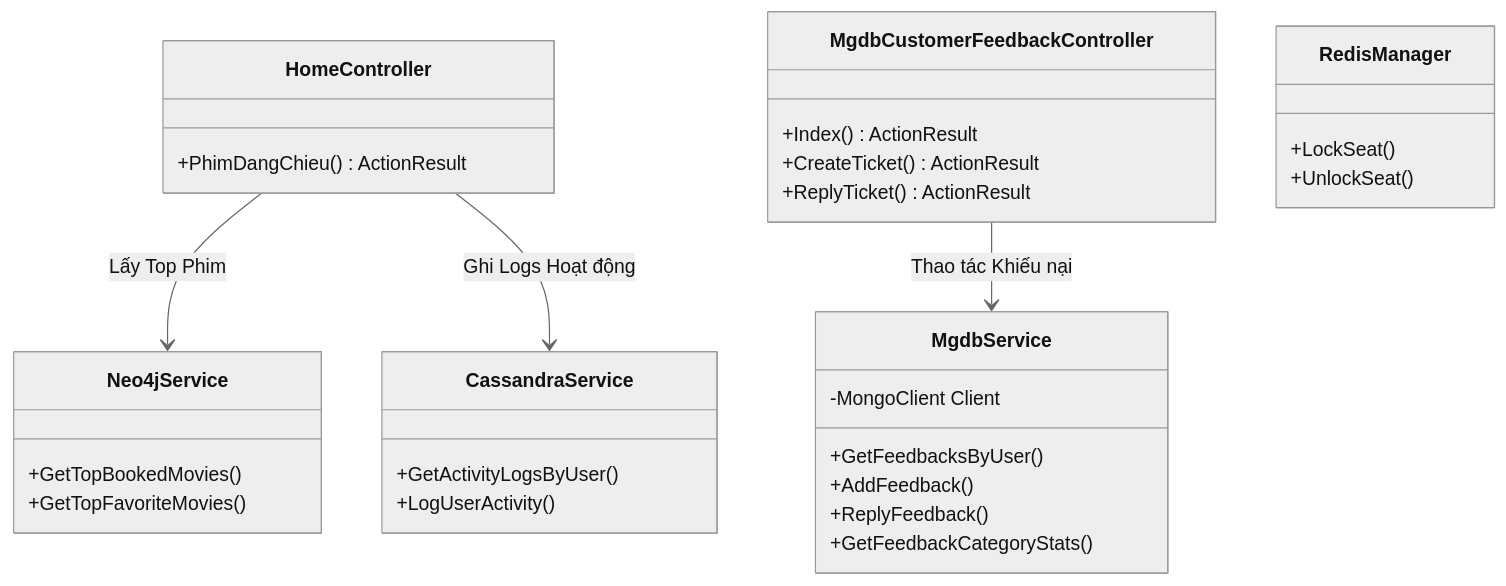
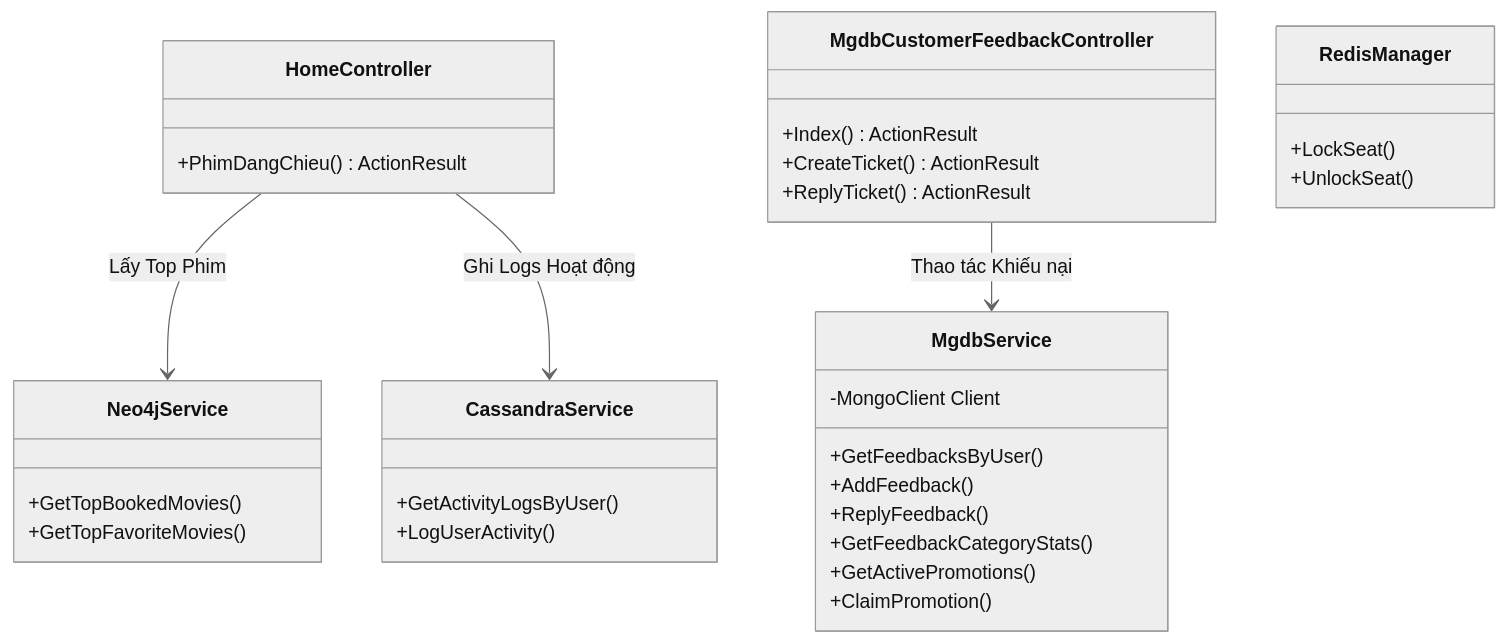
One commit to Anh-BE/WEB_DatVe_XemPhim changed the second of 6 diagrams in TaiLieu/TaiLieu_SDS_ToanBo_HeThong_Movana.md. Above: the diagram before and after it, drawn with Mermaid (neutral theme). The commit also changed other lines of this file and 1 other file, not shown here.

````diff
--- a/TaiLieu/TaiLieu_SDS_ToanBo_HeThong_Movana.md
+++ b/TaiLieu/TaiLieu_SDS_ToanBo_HeThong_Movana.md
@@ -221,39 +221,41 @@
 ```mermaid
 classDiagram
     class HomeController {
         +PhimDangChieu() ActionResult
     }
 
     class MgdbCustomerFeedbackController {
         +Index() ActionResult
         +CreateTicket() ActionResult
         +ReplyTicket() ActionResult
     }
 
     class MgdbService {
         -MongoClient Client
         +GetFeedbacksByUser()
         +AddFeedback()
         +ReplyFeedback()
         +GetFeedbackCategoryStats()
+        +GetActivePromotions()
+        +ClaimPromotion()
     }
 
     class Neo4jService {
         +GetTopBookedMovies()
         +GetTopFavoriteMovies()
     }
 
     class CassandraService {
         +GetActivityLogsByUser()
         +LogUserActivity()
     }
 
     class RedisManager {
         +LockSeat()
         +UnlockSeat()
     }
 
     HomeController --> Neo4jService : Lấy Top Phim
     MgdbCustomerFeedbackController --> MgdbService : Thao tác Khiếu nại
     HomeController --> CassandraService : Ghi Logs Hoạt động
 ```
````
